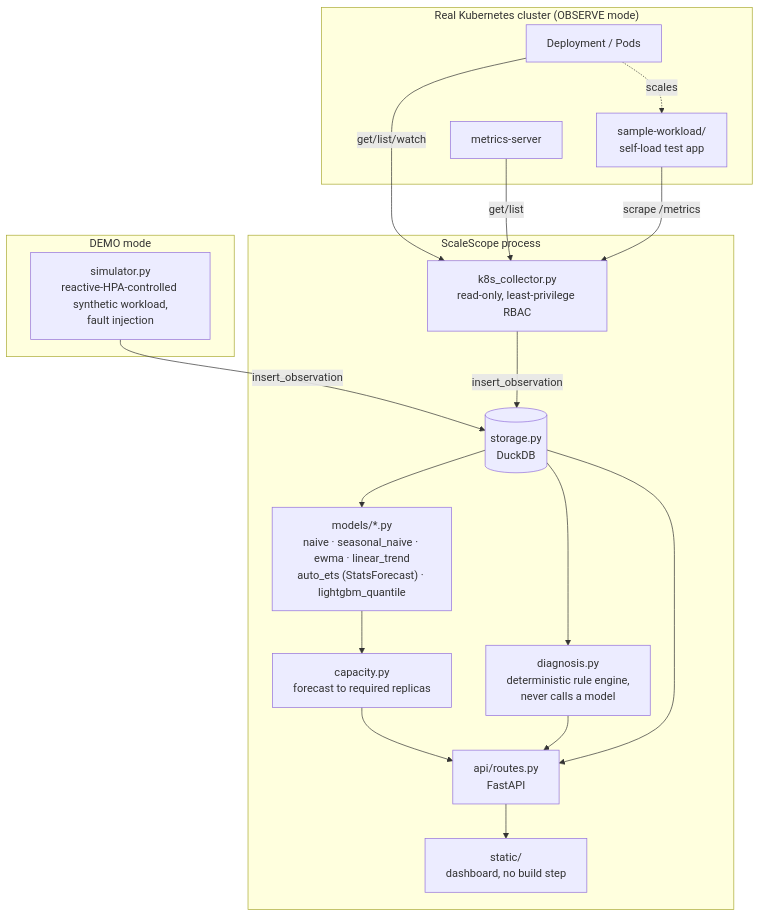
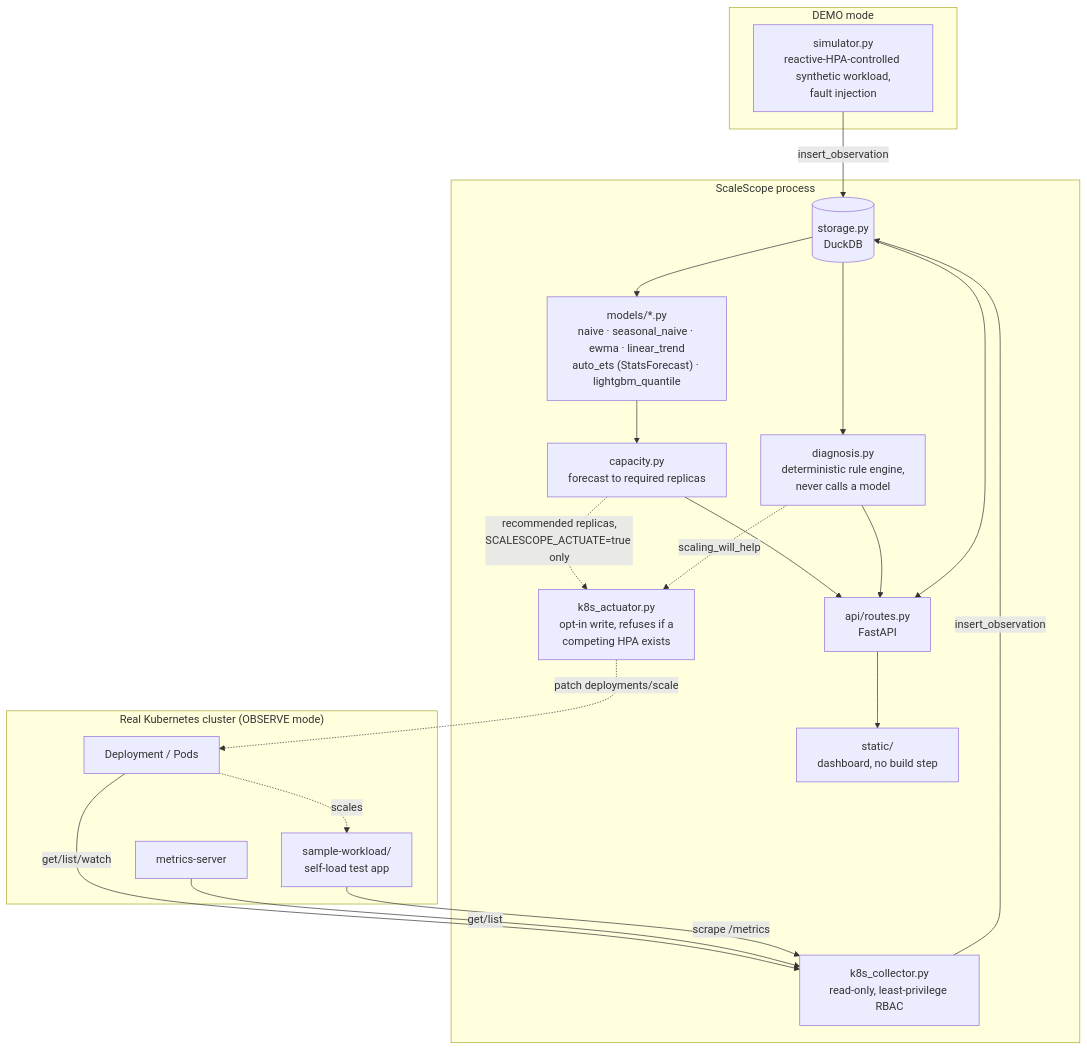
Before and after one commit to jsawyerdev/scalescope: the diagram in README.md, drawn with Mermaid. The commit also changed other lines of this file and 4 other files, not shown here.

````diff
--- a/README.md
+++ b/README.md
@@ -32,37 +32,42 @@
 ```mermaid
 flowchart TB
     subgraph DEMO["DEMO mode"]
         SIM["simulator.py<br/>reactive-HPA-controlled synthetic workload,<br/>fault injection"]
     end
 
     subgraph CLUSTER["Real Kubernetes cluster (OBSERVE mode)"]
         DEPLOY["Deployment / Pods"]
         METRICSRV["metrics-server"]
         WORKLOAD["sample-workload/<br/>self-load test app"]
         DEPLOY -.->|scales| WORKLOAD
     end
 
     subgraph SCALESCOPE["ScaleScope process"]
         COLLECTOR["k8s_collector.py<br/>read-only, least-privilege RBAC"]
+        ACTUATOR["k8s_actuator.py<br/>opt-in write, refuses if a<br/>competing HPA exists"]
         STORE[("storage.py<br/>DuckDB")]
         MODELS["models/*.py<br/>naive · seasonal_naive · ewma · linear_trend<br/>auto_ets (StatsForecast) · lightgbm_quantile"]
         CAPACITY["capacity.py<br/>forecast to required replicas"]
         DIAGNOSIS["diagnosis.py<br/>deterministic rule engine,<br/>never calls a model"]
         API["api/routes.py<br/>FastAPI"]
         UI["static/<br/>dashboard, no build step"]
     end
 
     SIM -->|insert_observation| STORE
     DEPLOY -->|get/list/watch| COLLECTOR
     METRICSRV -->|get/list| COLLECTOR
     WORKLOAD -->|scrape /metrics| COLLECTOR
     COLLECTOR -->|insert_observation| STORE
 
     STORE --> MODELS
     STORE --> DIAGNOSIS
     MODELS --> CAPACITY
     CAPACITY --> API
     DIAGNOSIS --> API
     STORE --> API
     API --> UI
+
+    CAPACITY -.->|recommended replicas,<br/>SCALESCOPE_ACTUATE=true only| ACTUATOR
+    DIAGNOSIS -.->|scaling_will_help| ACTUATOR
+    ACTUATOR -.->|patch deployments/scale| DEPLOY
 ```
````
